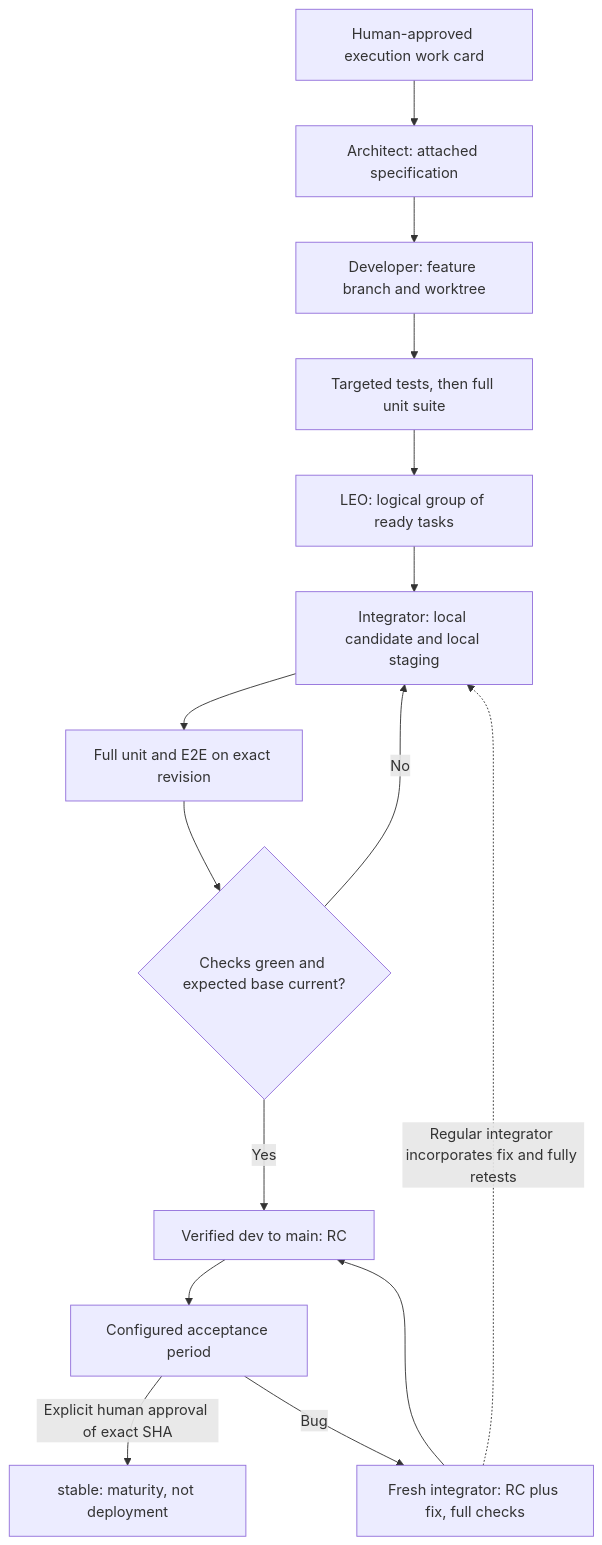
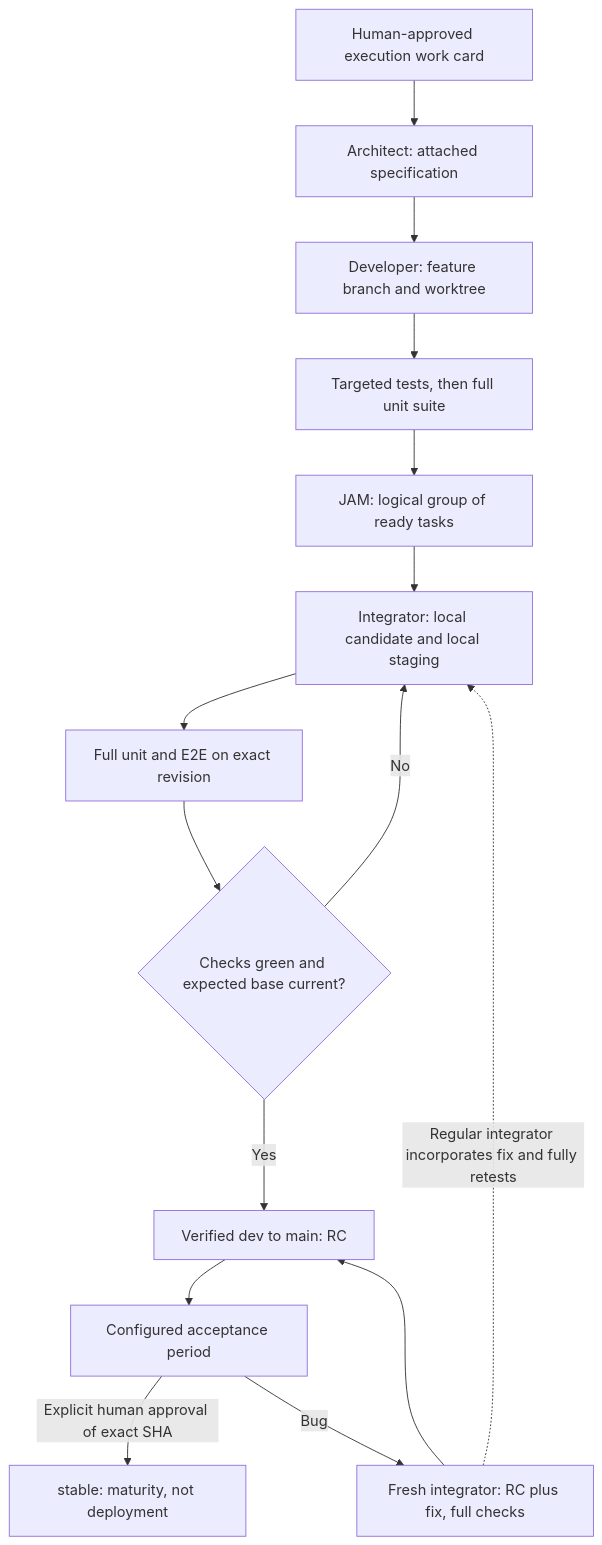
Before and after one commit to alexmakeev/jam-bot: the first of 4 diagrams in docs/PRD.md, drawn with Mermaid. The commit also changed other lines of this file and 24 other files, not shown here.

````diff
--- a/docs/PRD.md
+++ b/docs/PRD.md
@@ -57,17 +57,17 @@
 ```mermaid
 flowchart TD
   I["Human-approved execution work card"] --> A["Architect: attached specification"]
   A --> D["Developer: feature branch and worktree"]
   D --> U["Targeted tests, then full unit suite"]
-  U --> B["LEO: logical group of ready tasks"]
+  U --> B["JAM: logical group of ready tasks"]
   B --> C["Integrator: local candidate and local staging"]
   C --> T["Full unit and E2E on exact revision"]
   T --> G{"Checks green and expected base current?"}
   G -->|No| C
   G -->|Yes| M["Verified dev to main: RC"]
   M --> W["Configured acceptance period"]
   W -->|"Explicit human approval of exact SHA"| S["stable: maturity, not deployment"]
   W -->|Bug| F["Fresh integrator: RC plus fix, full checks"]
   F --> M
   F -. "Regular integrator incorporates fix and fully retests" .-> C
 ```
````
